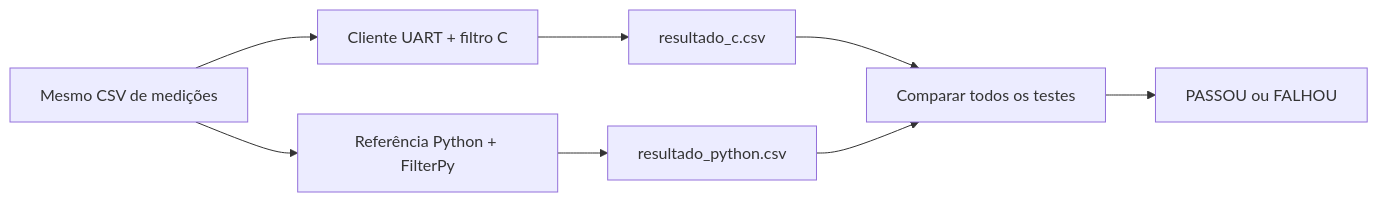
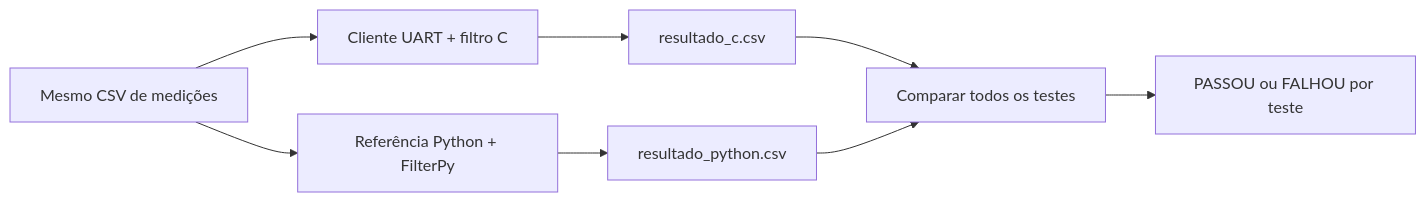
The diagram in README.md (RichardBrendon/Particle-Filter), drawn with Mermaid before and after one commit. The commit also changed other lines of this file, not shown here.

Commit message:
Documenta resultado individual de cada teste

````diff
--- a/README.md
+++ b/README.md
@@ -45,10 +45,10 @@
 ```mermaid
 flowchart LR
     A[Mesmo CSV de medições] --> B[Cliente UART + filtro C]
     A --> C[Referência Python + FilterPy]
     B --> D[resultado_c.csv]
     C --> E[resultado_python.csv]
     D --> F[Comparar todos os testes]
     E --> F
-    F --> G[PASSOU ou FALHOU]
+    F --> G[PASSOU ou FALHOU por teste]
 ```
````
